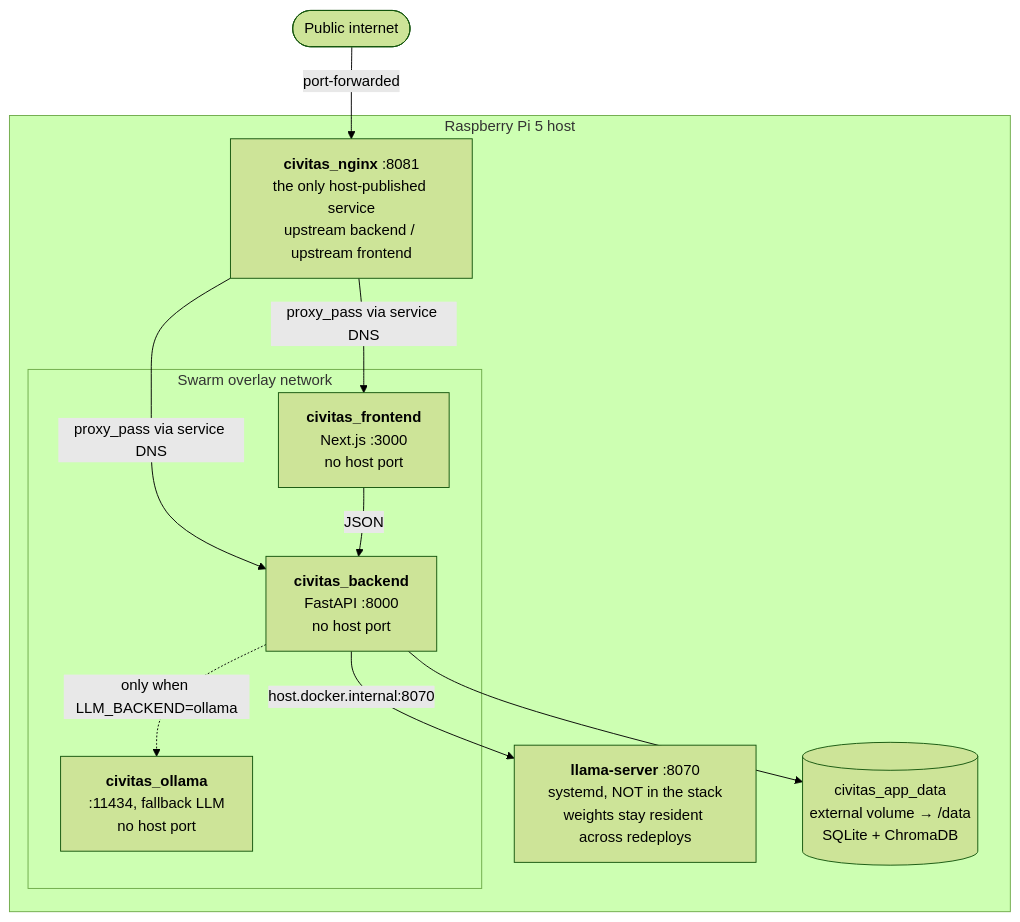
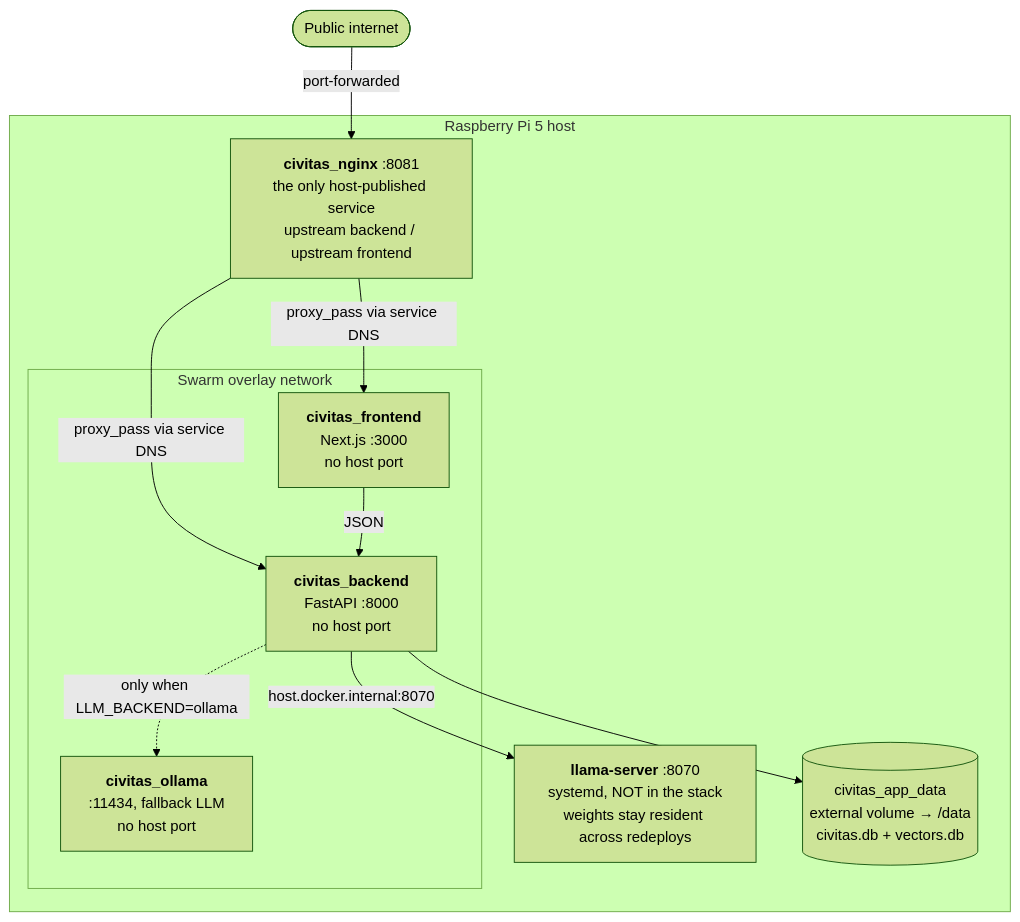
The first of 2 diagrams in docs/diagrams/08-deployment.md (kamoras/civitas), drawn with Mermaid (forest theme) before and after one commit. The commit also changed other lines of this file and 10 other files, not shown here.

````diff
--- a/docs/diagrams/08-deployment.md
+++ b/docs/diagrams/08-deployment.md
@@ -9,24 +9,24 @@
 ```mermaid
 flowchart TB
     NET(["Public internet"]) -->|"port-forwarded"| NGINX
 
     subgraph HOST["Raspberry Pi 5 host"]
         NGINX["<b>civitas_nginx</b> :8081<br/>the only host-published service<br/>upstream backend / upstream frontend"]
 
         subgraph OVERLAY["Swarm overlay network"]
             BE["<b>civitas_backend</b><br/>FastAPI :8000<br/>no host port"]
             FE["<b>civitas_frontend</b><br/>Next.js :3000<br/>no host port"]
             OL["<b>civitas_ollama</b><br/>:11434, fallback LLM<br/>no host port"]
         end
 
         LLAMA["<b>llama-server</b> :8070<br/>systemd, NOT in the stack<br/>weights stay resident across redeploys"]
-        VOL[("civitas_app_data<br/>external volume → /data<br/>SQLite + ChromaDB")]
+        VOL[("civitas_app_data<br/>external volume → /data<br/>civitas.db + vectors.db")]
     end
 
     NGINX -->|"proxy_pass via service DNS"| BE
     NGINX -->|"proxy_pass via service DNS"| FE
     FE -->|"JSON"| BE
     BE -->|"host.docker.internal:8070"| LLAMA
     BE -.->|"only when LLM_BACKEND=ollama"| OL
     BE --> VOL
 ```
````
